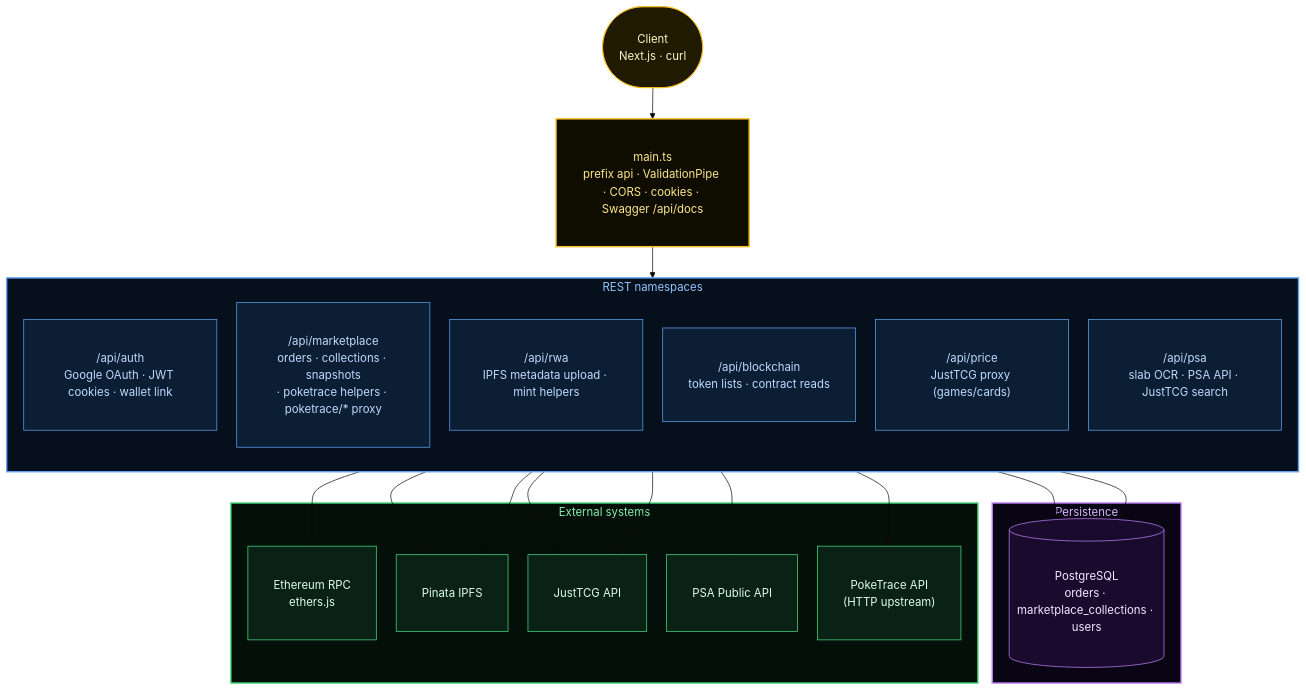
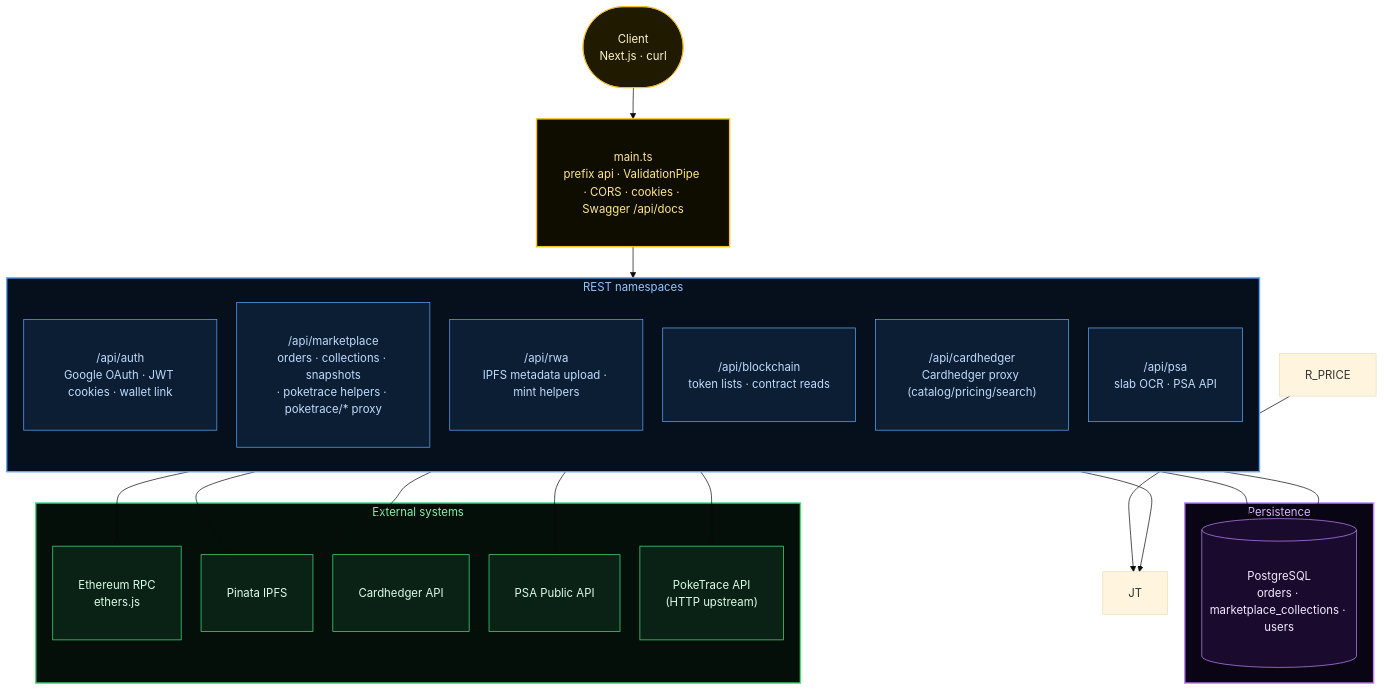
The ninth of 11 diagrams in docs/diagrams/marketplace-lifecycle.en.md (tokenable-dev/tokenable-dev), drawn with Mermaid (base theme) before and after one commit. The commit also changed other lines of this file and 178 other files, not shown here.

Commit message:
feat: tokenable V2: change Main API using Cardhedger

````diff
--- a/docs/diagrams/marketplace-lifecycle.en.md
+++ b/docs/diagrams/marketplace-lifecycle.en.md
@@ -648,51 +648,51 @@
 ```mermaid
 %%{init: {'flowchart': {'rankSpacing': 44, 'nodeSpacing': 28, 'padding': 18}}}%%
 flowchart TD
     classDef entry fill:#1f1a00,stroke:#fbbf24,color:#fef3c7,padding:8px 14px
     classDef route fill:#0c1e33,stroke:#60a5fa,color:#bfdbfe,padding:8px 14px
     classDef data  fill:#1a0a2e,stroke:#c084fc,color:#f3e8ff,padding:8px 14px
     classDef ext   fill:#0a2215,stroke:#4ade80,color:#dcfce7,padding:8px 14px
 
     CLIENT(["Client<br/>Next.js · curl"]):::entry
 
     GATE["main.ts<br/>prefix api · ValidationPipe · CORS · cookies · Swagger /api/docs"]:::entry
 
     subgraph REST ["REST namespaces"]
         direction TB
         R_AUTH["/api/auth<br/>Google OAuth · JWT cookies · wallet link"]:::route
         R_MKT["/api/marketplace<br/>orders · collections · snapshots<br/>· poketrace helpers · poketrace/* proxy"]:::route
         R_RWA["/api/rwa<br/>IPFS metadata upload · mint helpers"]:::route
         R_BC["/api/blockchain<br/>token lists · contract reads"]:::route
-        R_PRICE["/api/price<br/>JustTCG proxy (games/cards)"]:::route
-        R_PSA["/api/psa<br/>slab OCR · PSA API · JustTCG search"]:::route
+        R_CH["/api/cardhedger<br/>Cardhedger proxy (catalog/pricing/search)"]:::route
+        R_PSA["/api/psa<br/>slab OCR · PSA API"]:::route
     end
 
     subgraph PERSIST ["Persistence"]
         PG[("PostgreSQL<br/>orders · marketplace_collections · users")]:::data
     end
 
     subgraph OUT ["External systems"]
         ETH["Ethereum RPC<br/>ethers.js"]:::ext
         PIN["Pinata IPFS"]:::ext
-        JT["JustTCG API"]:::ext
+        CH["Cardhedger API"]:::ext
         PSAHTTP["PSA Public API"]:::ext
         PTR["PokeTrace API<br/>(HTTP upstream)"]:::ext
     end
 
     CLIENT --> GATE
     GATE --> REST
     R_MKT --> PG
     R_MKT --> PTR
     R_AUTH --> PG
     R_RWA --> PIN
     R_BC --> ETH
     R_PRICE --> JT
     R_PSA --> PIN
     R_PSA --> JT
     R_PSA --> PSAHTTP
 
     style GATE fill:#0f0d00,stroke:#fbbf24,stroke-width:2px,color:#fde68a
     style REST fill:#060f1c,stroke:#60a5fa,stroke-width:2px,color:#93c5fd
     style PERSIST fill:#090514,stroke:#c084fc,stroke-width:2px,color:#d8b4fe
     style OUT fill:#030f08,stroke:#4ade80,stroke-width:2px,color:#86efac
 ```
````
